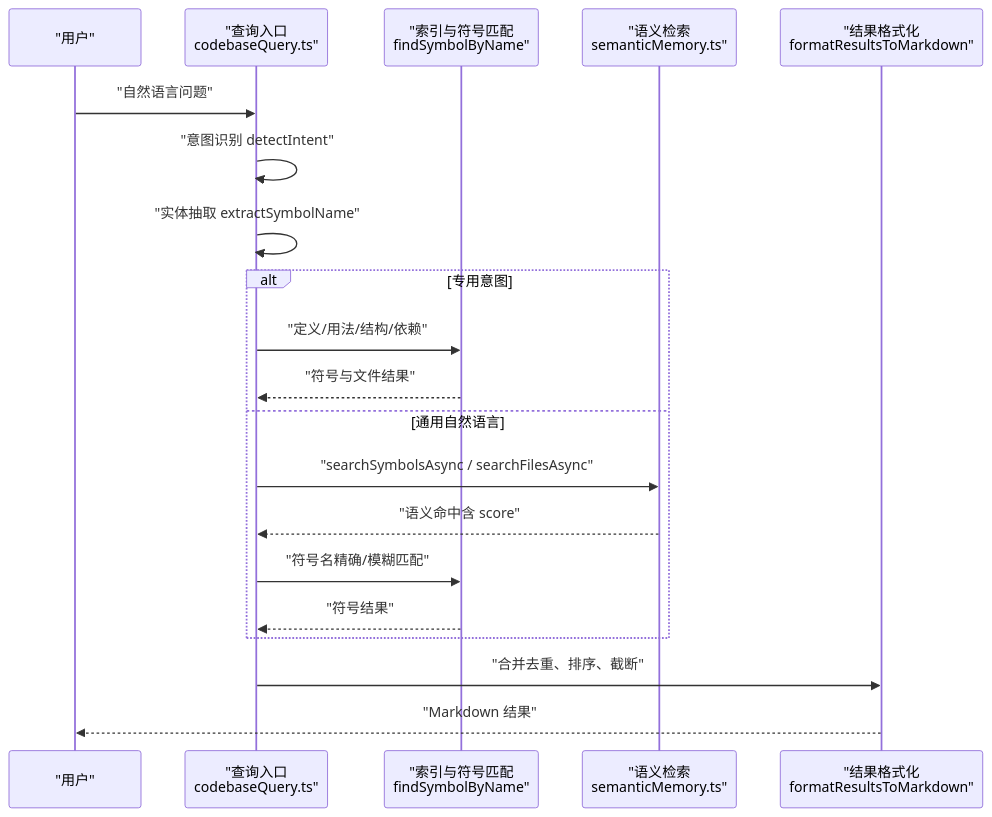
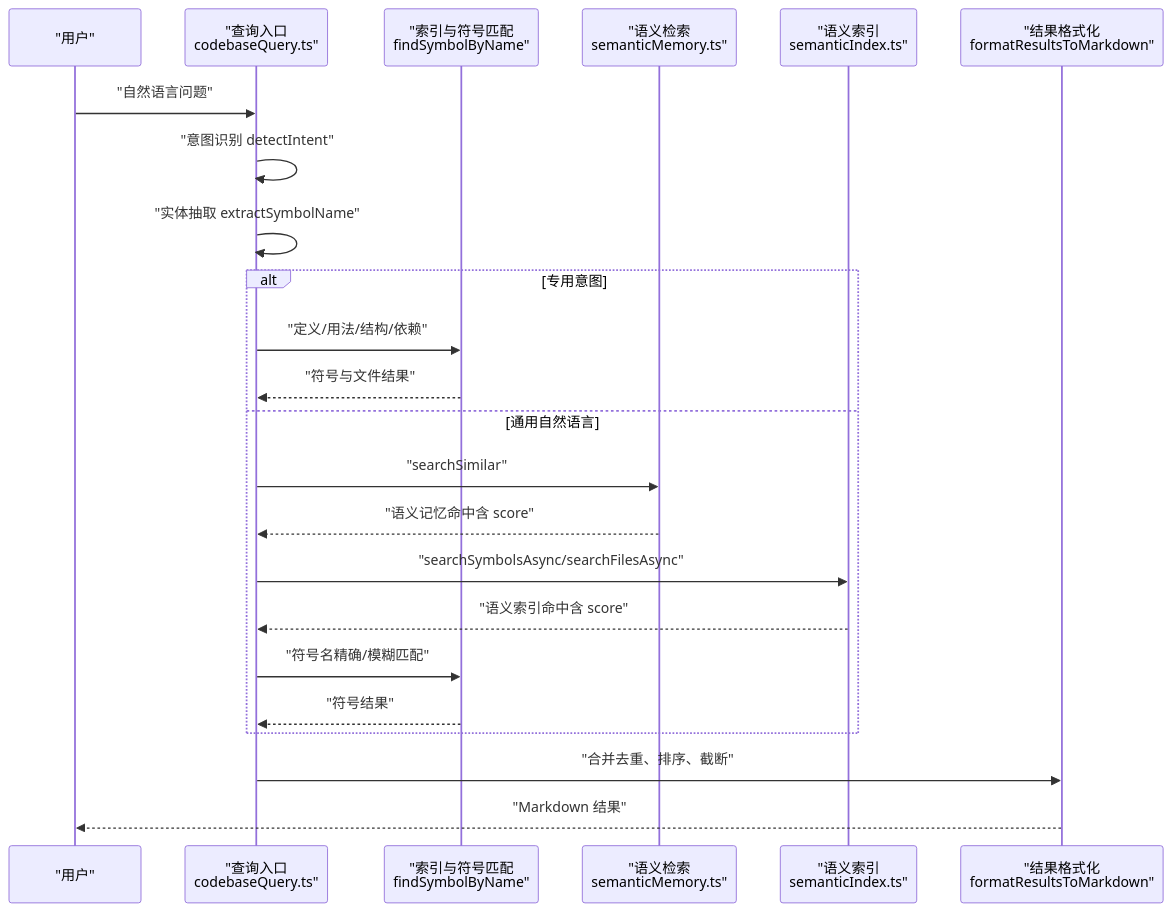
One commit to sofate798/KodrixCode changed the second of 8 diagrams in .qoder/repowiki/zh/content/架构设计/代码库智能架构/代码库查询系统.md. Above: the diagram before and after it, drawn with Mermaid. The commit also changed other lines of this file and 4 other files, not shown here.

````diff
--- a/.qoder/repowiki/zh/content/架构设计/代码库智能架构/代码库查询系统.md
+++ b/.qoder/repowiki/zh/content/架构设计/代码库智能架构/代码库查询系统.md
@@ -127,22 +134,25 @@
 ```mermaid
 sequenceDiagram
 participant U as "用户"
 participant Q as "查询入口<br/>codebaseQuery.ts"
 participant I as "索引与符号匹配<br/>findSymbolByName"
 participant S as "语义检索<br/>semanticMemory.ts"
+participant SI as "语义索引<br/>semanticIndex.ts"
 participant F as "结果格式化<br/>formatResultsToMarkdown"
 U->>Q : "自然语言问题"
 Q->>Q : "意图识别 detectIntent"
 Q->>Q : "实体抽取 extractSymbolName"
 alt 专用意图
 Q->>I : "定义/用法/结构/依赖"
 I-->>Q : "符号与文件结果"
 else 通用自然语言
-Q->>S : "searchSymbolsAsync / searchFilesAsync"
-S-->>Q : "语义命中含 score"
+Q->>S : "searchSimilar"
+S-->>Q : "语义记忆命中含 score"
+Q->>SI : "searchSymbolsAsync/searchFilesAsync"
+SI-->>Q : "语义索引命中含 score"
 Q->>I : "符号名精确/模糊匹配"
 I-->>Q : "符号结果"
 end
 Q->>F : "合并去重、排序、截断"
 F-->>U : "Markdown 结果"
 ```
````
